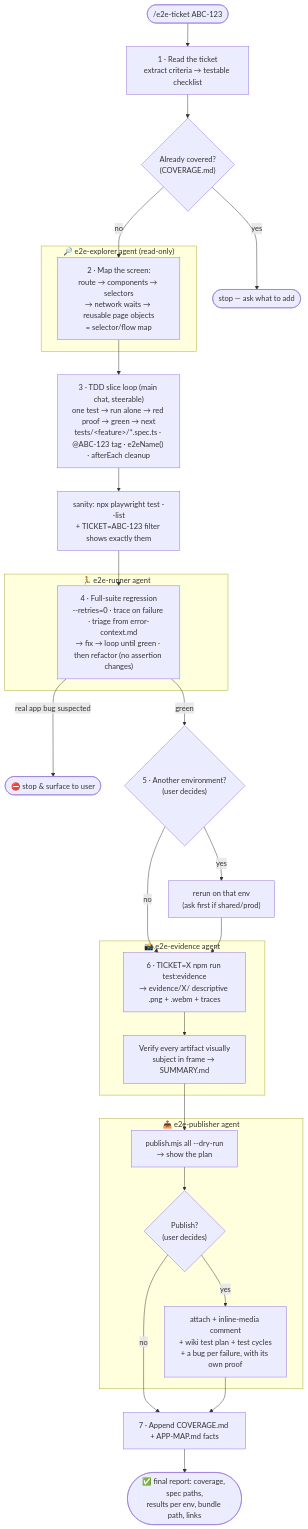
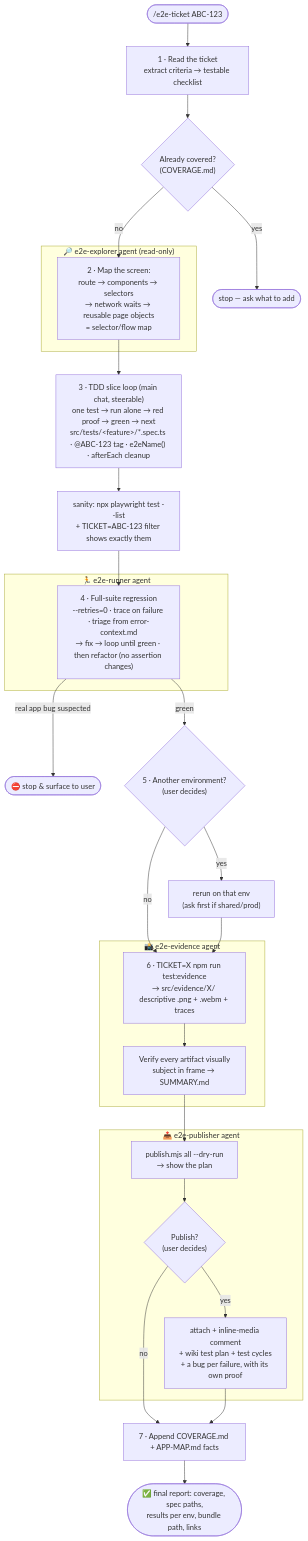
One commit to jramirez-automate/End2End-Tester-Playwright-Framework changed the diagram in README.md. Above: the diagram before and after it, drawn with Mermaid. The commit also changed other lines of this file and 48 other files, not shown here.

````diff
--- a/README.md
+++ b/README.md
@@ -303,41 +303,41 @@
 ```mermaid
 flowchart TD
     U(["/e2e-ticket ABC-123"]) --> A
 
     A["1 · Read the ticket<br/>extract criteria → testable checklist"] --> B{"Already covered?<br/>(COVERAGE.md)"}
     B -- "yes" --> STOP(["stop — ask what to add"])
     B -- "no" --> C
 
     subgraph EXPLORER["🔎 e2e-explorer agent (read-only)"]
         C["2 · Map the screen:<br/>route → components → selectors<br/>→ network waits → reusable page objects<br/>= selector/flow map"]
     end
 
-    C --> E["3 · TDD slice loop (main chat, steerable)<br/>one test → run alone → red proof → green → next<br/>tests/&lt;feature&gt;/*.spec.ts · @ABC-123 tag · e2eName() · afterEach cleanup"]
+    C --> E["3 · TDD slice loop (main chat, steerable)<br/>one test → run alone → red proof → green → next<br/>src/tests/&lt;feature&gt;/*.spec.ts · @ABC-123 tag · e2eName() · afterEach cleanup"]
     E --> LIST["sanity: npx playwright test --list<br/>+ TICKET=ABC-123 filter shows exactly them"]
 
     subgraph RUNNER["🏃 e2e-runner agent"]
         F["4 · Full-suite regression<br/>--retries=0 · trace on failure · triage from error-context.md<br/>→ fix → loop until green · then refactor (no assertion changes)"]
     end
 
     LIST --> F
     F -- "real app bug suspected" --> BUG(["⛔ stop & surface to user"])
     F -- "green" --> Q1{"5 · Another environment?<br/>(user decides)"}
     Q1 -- "yes" --> F2["rerun on that env<br/>(ask first if shared/prod)"]
     Q1 -- "no" --> G
     F2 --> G
 
     subgraph EVIDENCE["📸 e2e-evidence agent"]
-        G["6 · TICKET=X npm run test:evidence<br/>→ evidence/X/ descriptive .png + .webm + traces"]
+        G["6 · TICKET=X npm run test:evidence<br/>→ src/evidence/X/ descriptive .png + .webm + traces"]
         G --> H["Verify every artifact visually<br/>subject in frame → SUMMARY.md"]
     end
 
     subgraph PUBLISH["📤 e2e-publisher agent"]
         H --> I["publish.mjs all --dry-run<br/>→ show the plan"]
         I --> J{"Publish?<br/>(user decides)"}
         J -- "yes" --> K["attach + inline-media comment<br/>+ wiki test plan + test cycles<br/>+ a bug per failure, with its own proof"]
     end
 
     J -- "no" --> L
     K --> L["7 · Append COVERAGE.md + APP-MAP.md facts"]
     L --> DONE(["✅ final report: coverage, spec paths,<br/>results per env, bundle path, links"])
 ```
````
